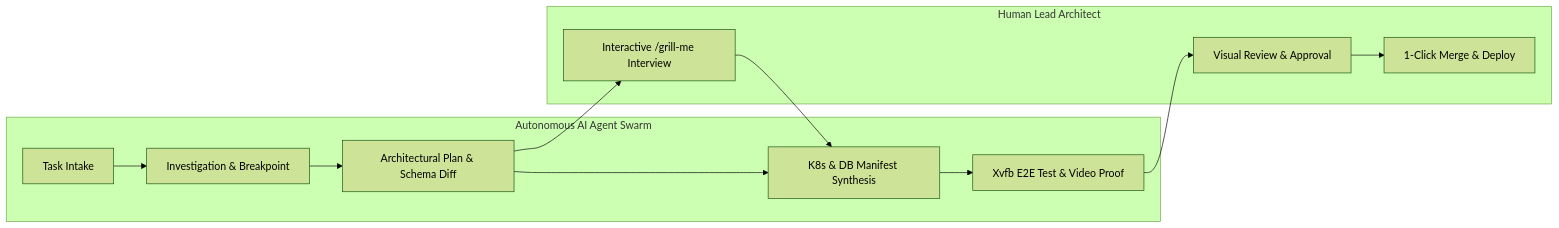
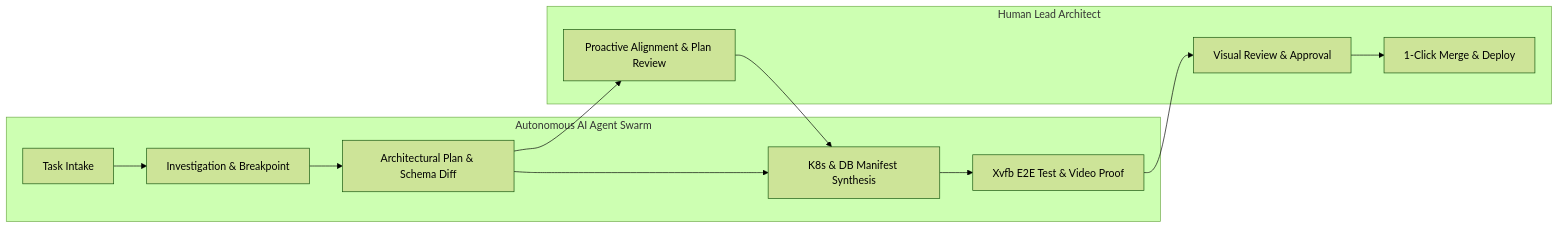
The diagram in README.md (nddipiazza/robos), drawn with Mermaid (forest theme) before and after one commit. The commit also changed other lines of this file and 133 other files, not shown here.

````diff
--- a/README.md
+++ b/README.md
@@ -50,16 +50,16 @@
 ```mermaid
 graph LR
     subgraph AutonomousAI [Autonomous AI Agent Swarm]
         T[Task Intake] --> R[Investigation & Breakpoint]
         R --> P[Architectural Plan & Schema Diff]
         P --> K[K8s & DB Manifest Synthesis]
         K --> V[Xvfb E2E Test & Video Proof]
     end
 
     subgraph HumanArchitect [Human Lead Architect]
-        P --> G[Interactive /grill-me Interview]
+        P --> G[Proactive Alignment & Plan Review]
         G --> K
         V --> R2[Visual Review & Approval]
         R2 --> M[1-Click Merge & Deploy]
     end
 ```
````
